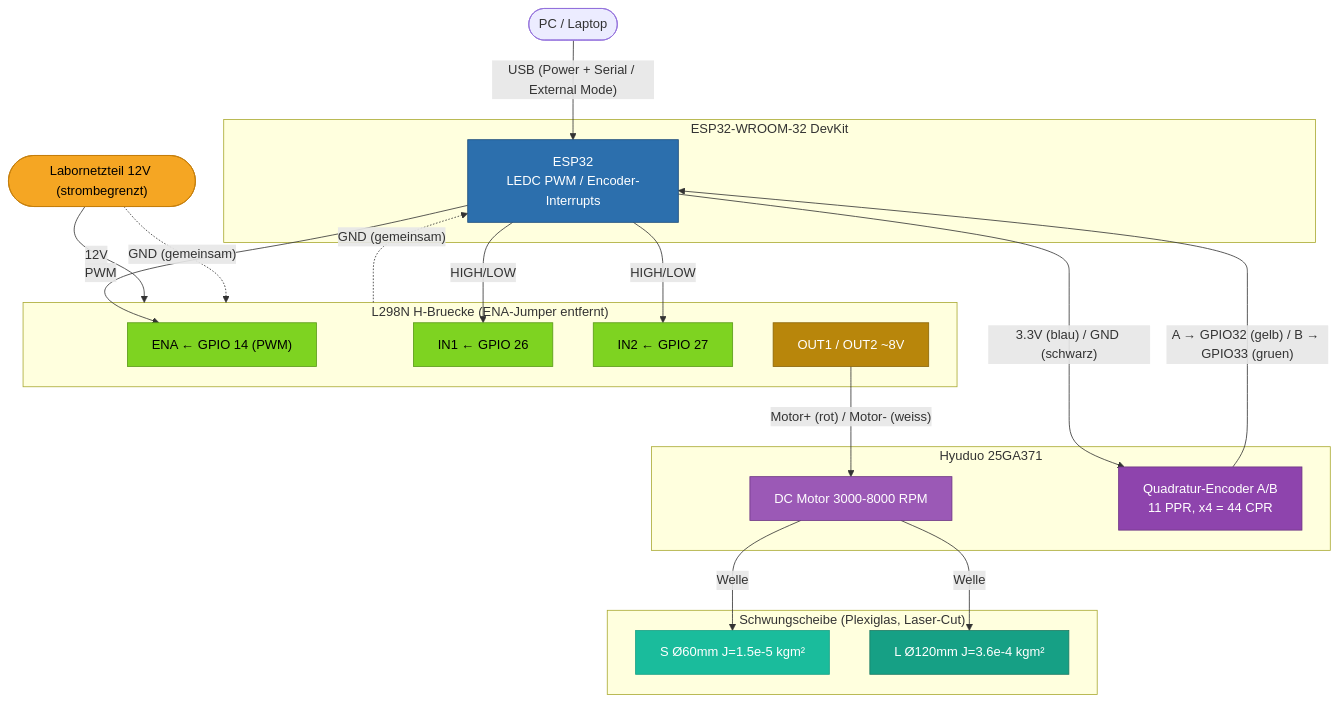
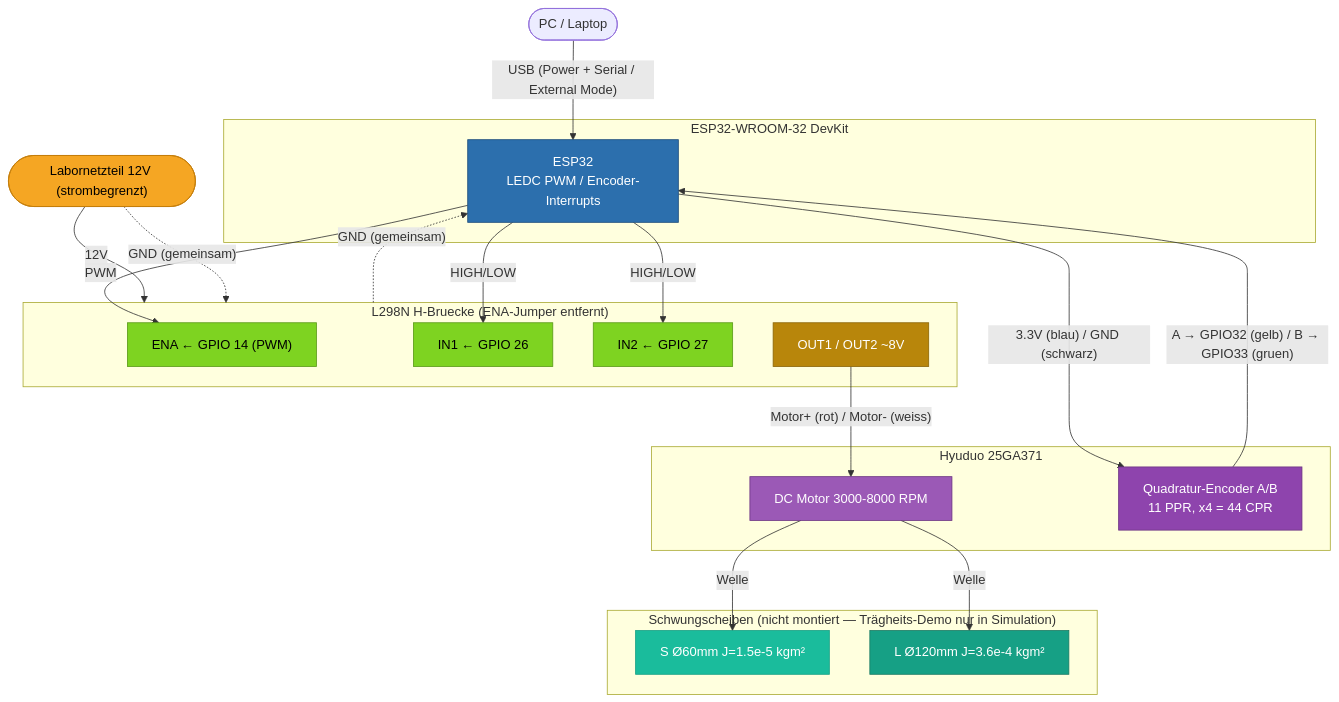
One commit to FelixRaffl/ACE-II-AdaptiveControl changed the diagram in hardware_diagram.md. Above: the diagram before and after it, drawn with Mermaid. The commit also changed other lines of this file and 17 other files, not shown here.

````diff
--- a/hardware_diagram.md
+++ b/hardware_diagram.md
@@ -20,55 +20,55 @@
 ```mermaid
 graph TB
     PC(["PC / Laptop"])
     PSU(["Labornetzteil 12V (strombegrenzt)"])
 
     subgraph ESP_GRP["ESP32-WROOM-32 DevKit"]
         ESP["ESP32<br/>LEDC PWM / Encoder-Interrupts"]
     end
 
     subgraph H_BRIDGE["L298N H-Bruecke (ENA-Jumper entfernt)"]
         ENA["ENA &larr; GPIO 14 (PWM)"]
         IN1["IN1 &larr; GPIO 26"]
         IN2["IN2 &larr; GPIO 27"]
         OUT["OUT1 / OUT2 ~8V"]
     end
 
     subgraph MOTOR_GROUP["Hyuduo 25GA371"]
         MOTOR["DC Motor 3000-8000 RPM"]
         ENC["Quadratur-Encoder A/B<br/>11 PPR, x4 = 44 CPR"]
     end
 
-    subgraph FLYWHEEL["Schwungscheibe (Plexiglas, Laser-Cut)"]
+    subgraph FLYWHEEL["Schwungscheiben (nicht montiert — Trägheits-Demo nur in Simulation)"]
         FWS["S Ø60mm  J=1.5e-5 kgm²"]
         FWL["L Ø120mm J=3.6e-4 kgm²"]
     end
 
     PC  -->|"USB (Power + Serial / External Mode)"| ESP
     PSU -->|"12V"| H_BRIDGE
 
     ESP -->|"PWM"| ENA
     ESP -->|"HIGH/LOW"| IN1
     ESP -->|"HIGH/LOW"| IN2
 
     OUT -->|"Motor+ (rot) / Motor- (weiss)"| MOTOR
 
     ENC -->|"A &rarr; GPIO32 (gelb) / B &rarr; GPIO33 (gruen)"| ESP
     ESP -->|"3.3V (blau) / GND (schwarz)"| ENC
 
     MOTOR -->|"Welle"| FWS
     MOTOR -->|"Welle"| FWL
 
     PSU       -.->|"GND (gemeinsam)"| H_BRIDGE
     H_BRIDGE  -.->|"GND (gemeinsam)"| ESP
 
     style PSU   fill:#f5a623,stroke:#c47d0a,color:#000
     style ESP   fill:#2c6fad,stroke:#1a4a7a,color:#fff
     style ENA   fill:#7ed321,stroke:#5a9a18,color:#000
     style IN1   fill:#7ed321,stroke:#5a9a18,color:#000
     style IN2   fill:#7ed321,stroke:#5a9a18,color:#000
     style OUT   fill:#b8860b,stroke:#8b6508,color:#fff
     style MOTOR fill:#9b59b6,stroke:#6c3483,color:#fff
     style ENC   fill:#8e44ad,stroke:#6c3483,color:#fff
     style FWS   fill:#1abc9c,stroke:#16a085,color:#fff
     style FWL   fill:#16a085,stroke:#1a7a64,color:#fff
 ```
````
